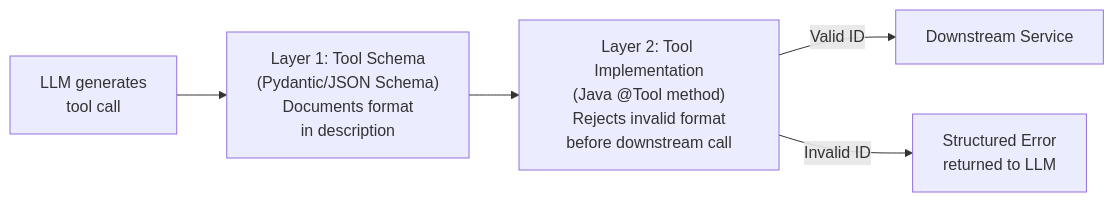
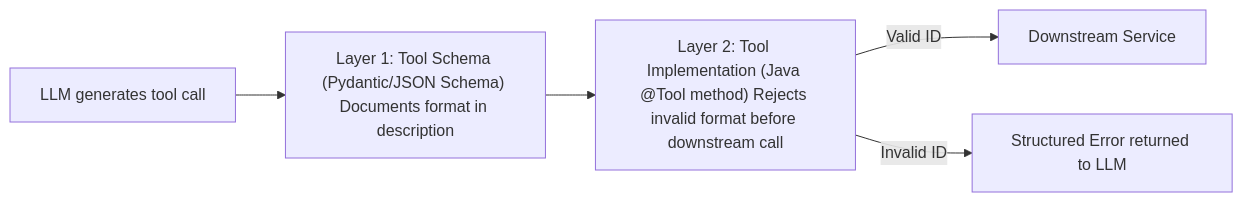
One commit to venkat-raman17/candidate-agent changed diagram 12 of 35 in LLD_POST_APPLY_ASSISTANT.md. Above: the diagram before and after it, drawn with Mermaid. The commit also changed other lines of this file, not shown here.

````diff
--- a/LLD_POST_APPLY_ASSISTANT.md
+++ b/LLD_POST_APPLY_ASSISTANT.md
@@ -988,12 +694,12 @@
 ```mermaid
 flowchart LR
-    LLM["LLM generates\ntool call"]
-    SCHEMA["Layer 1: Tool Schema\n(Pydantic/JSON Schema)\nDocuments format\nin description"]
-    IMPL["Layer 2: Tool Implementation\n(Java @Tool method)\nRejects invalid format\nbefore downstream call"]
+    LLM["LLM generates tool call"]
+    SCHEMA["Layer 1: Tool Schema (Pydantic/JSON Schema) Documents format in description"]
+    IMPL["Layer 2: Tool Implementation (Java @Tool method) Rejects invalid format before downstream call"]
     DS["Downstream Service"]
 
     LLM --> SCHEMA
     SCHEMA --> IMPL
     IMPL -->|"Valid ID"| DS
-    IMPL -->|"Invalid ID"| ERROR["Structured Error\nreturned to LLM"]
+    IMPL -->|"Invalid ID"| ERROR["Structured Error returned to LLM"]
 ```
````
